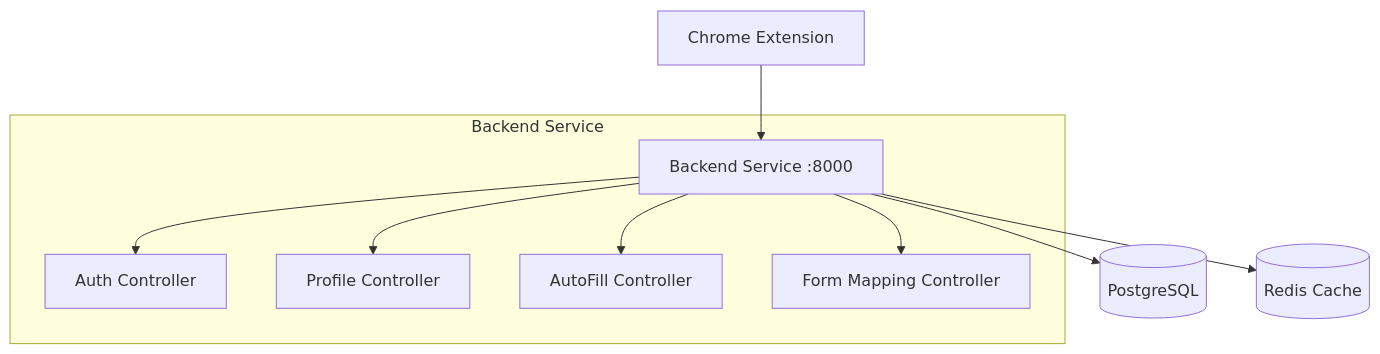
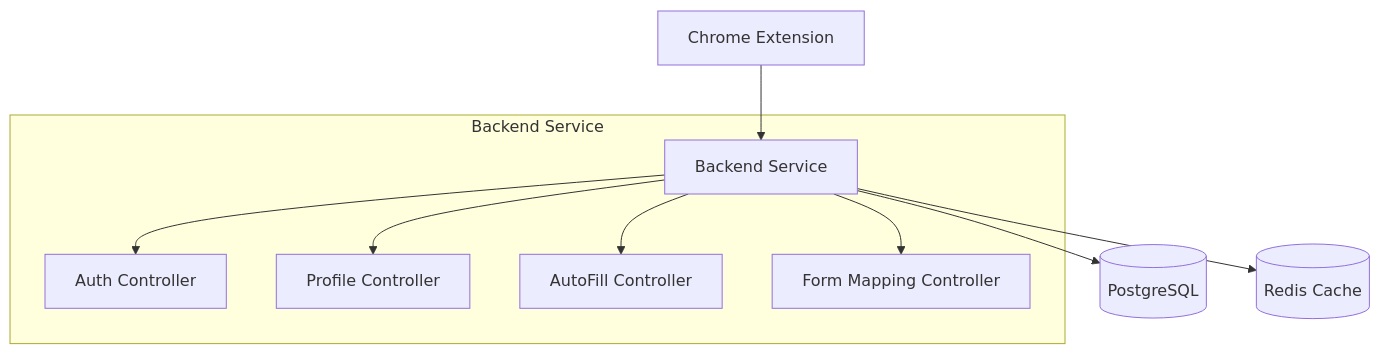
One commit to laythfadhala/AutoFill-Copilot changed the diagram in README.md. Above: the diagram before and after it, drawn with Mermaid. The commit also changed other lines of this file and 10 other files, not shown here.

````diff
--- a/README.md
+++ b/README.md
@@ -198,13 +198,13 @@
 ```mermaid
 graph TB
-  A[Chrome Extension] --> B[Backend Service :8000]
+  A[Chrome Extension] --> B[Backend Service ]
   B --> C[(PostgreSQL)]
   B --> D[(Redis Cache)]
 
   subgraph "Backend Service"
     B --> F[Auth Controller]
     B --> G[Profile Controller]
     B --> H[AutoFill Controller]
     B --> I[Form Mapping Controller]
   end
 ```
````
